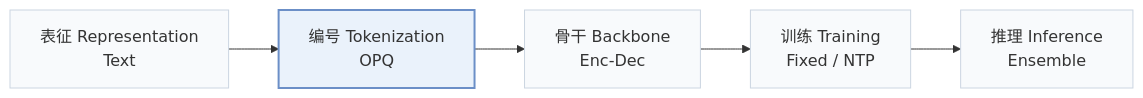
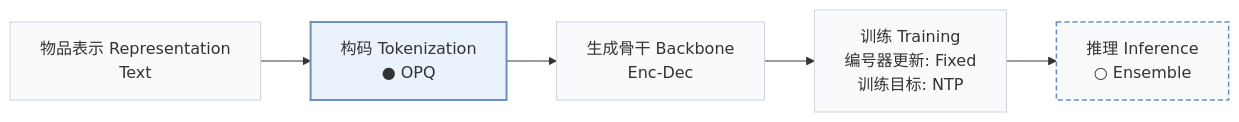
The first of 3 diagrams in pages/zh/papers/actionpiece.md (Galaxy-ghost/Awesome-SID-Generative-Rec), drawn with Mermaid before and after one commit. The commit also changed other lines of this file and 558 other files, not shown here.

````diff
--- a/pages/zh/papers/actionpiece.md
+++ b/pages/zh/papers/actionpiece.md
@@ -15,8 +18,10 @@
 ```mermaid
 flowchart LR
-    R["表征 Representation<br/>Text"] --> T["编号 Tokenization<br/>OPQ"] --> B["骨干 Backbone<br/>Enc-Dec"] --> TR["训练 Training<br/>Fixed / NTP"] --> I["推理 Inference<br/>Ensemble"]
+    R["物品表示 Representation<br/>Text"] --> T["构码 Tokenization<br/>● OPQ"] --> B["生成骨干 Backbone<br/>Enc-Dec"] --> TR["训练 Training<br/>编号器更新: Fixed<br/>训练目标: NTP"] --> I["推理 Inference<br/>○ Ensemble"]
     classDef base fill:#f8fafc,stroke:#cbd5e1
     class R,T,B,TR,I base
+    classDef other fill:#f8fafc,stroke:#6b8fc7,stroke-width:1.5px,stroke-dasharray:5 3
+    class I other
     classDef main fill:#eaf2fb,stroke:#6b8fc7,stroke-width:2px
     class T main
 ```
````
